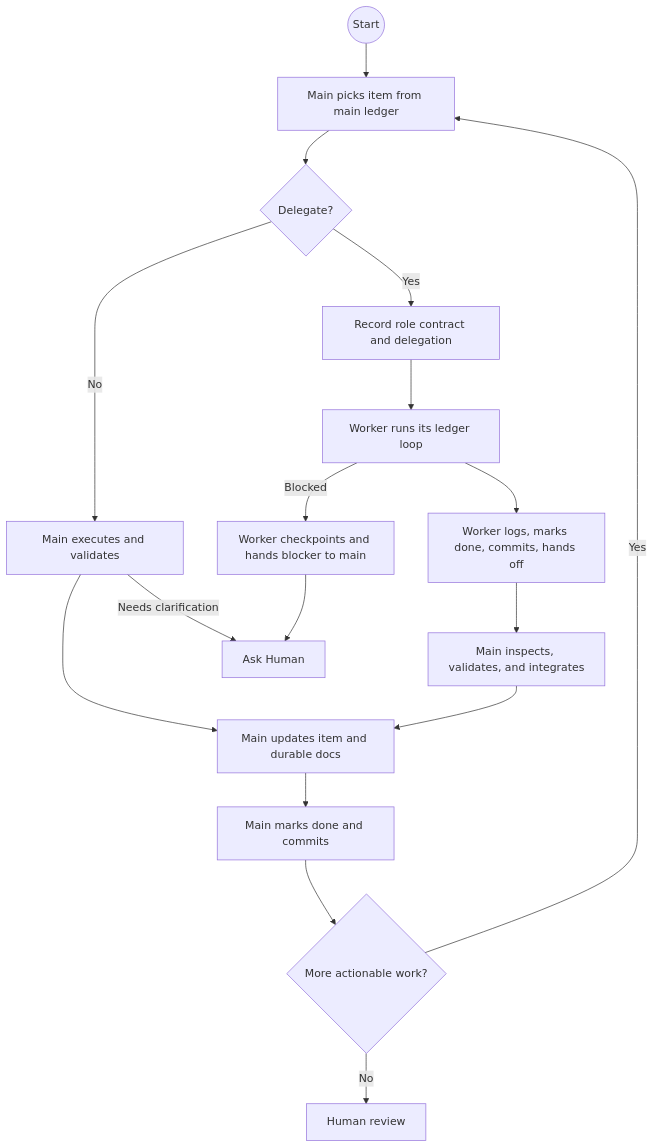
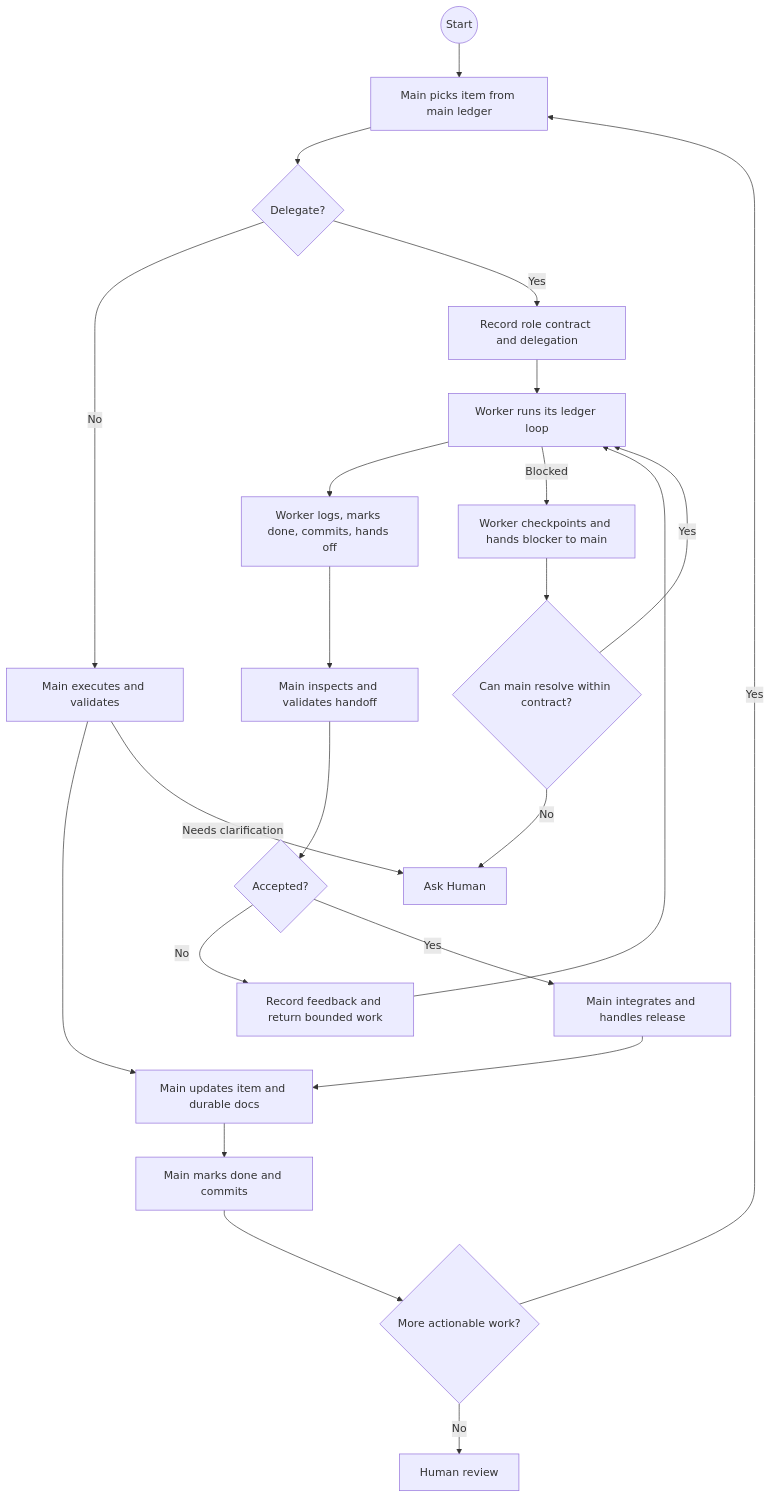
The diagram in AGENTS.md (marcingurbisz/idea-execution-framework), drawn with Mermaid before and after one commit. The commit also changed other lines of this file and 2 other files, not shown here.

Commit message:
docs: audit IEF operating contract

````diff
--- a/AGENTS.md
+++ b/AGENTS.md
@@ -97,19 +102,25 @@
 ```mermaid
 flowchart TD
     A@{ shape: circle, label: "Start" } --> B[Main picks item from main ledger]
     B --> C{Delegate?}
     C -->|No| D[Main executes and validates]
     C -->|Yes| E[Record role contract and delegation]
     E --> F[Worker runs its ledger loop]
     F --> G[Worker logs, marks done, commits, hands off]
-    G --> H[Main inspects, validates, and integrates]
+    G --> H[Main inspects and validates handoff]
+    H --> O{Accepted?}
+    O -->|No| P[Record feedback and return bounded work]
+    P --> F
+    O -->|Yes| Q[Main integrates and handles release]
     D --> I[Main updates item and durable docs]
-    H --> I
+    Q --> I
     D -->|Needs clarification| J[Ask Human]
     F -->|Blocked| N[Worker checkpoints and hands blocker to main]
-    N --> J
+    N --> R{Can main resolve within contract?}
+    R -->|Yes| F
+    R -->|No| J
     I --> K[Main marks done and commits]
     K --> L{More actionable work?}
     L -->|Yes| B
     L -->|No| M[Human review]
 ```
````
